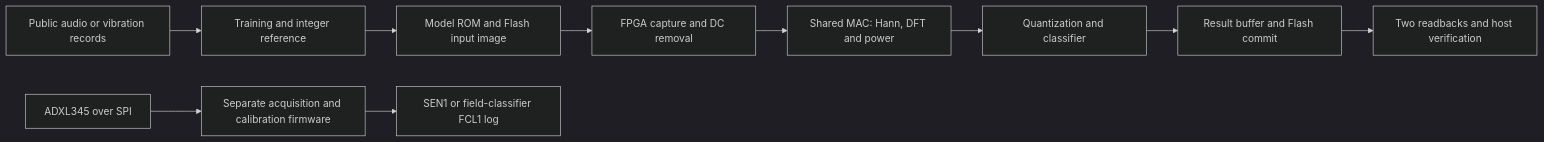
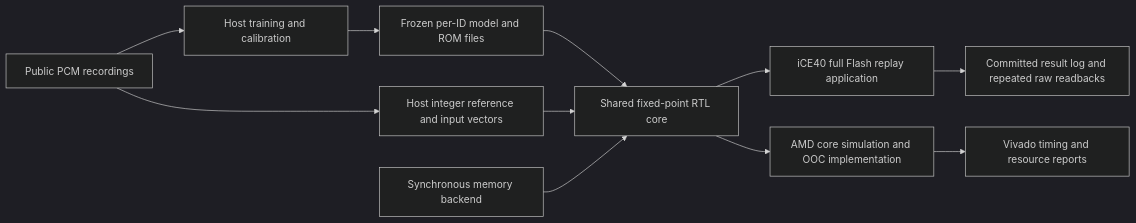
The diagram in README.md (lhongyi-ai/digital-ic), drawn with Mermaid (dark theme) before and after one commit. The commit also changed other lines of this file and 3 other files, not shown here.

````diff
--- a/README.md
+++ b/README.md
@@ -49,12 +51,13 @@
 ```mermaid
 flowchart LR
-    A[Public audio or vibration records] --> B[Training and integer reference]
-    B --> C[Model ROM and Flash input image]
-    C --> D[FPGA capture and DC removal]
-    D --> E[Shared MAC: Hann, DFT and power]
-    E --> F[Quantization and classifier]
-    F --> G[Result buffer and Flash commit]
-    G --> H[Two readbacks and host verification]
-    S[ADXL345 over SPI] --> T[Separate acquisition and calibration firmware]
-    T --> U[SEN1 or field-classifier FCL1 log]
+    A[Public PCM recordings] --> B[Host training and calibration]
+    B --> C[Frozen per-ID model and ROM files]
+    A --> R[Host integer reference and input vectors]
+    C --> K[Shared fixed-point RTL core]
+    R --> K
+    M[Synchronous memory backend] --> K
+    K --> I[iCE40 full Flash replay application]
+    K --> V[AMD core simulation and OOC implementation]
+    I --> L[Committed result log and repeated raw readbacks]
+    V --> T[Vivado timing and resource reports]
 ```
````
